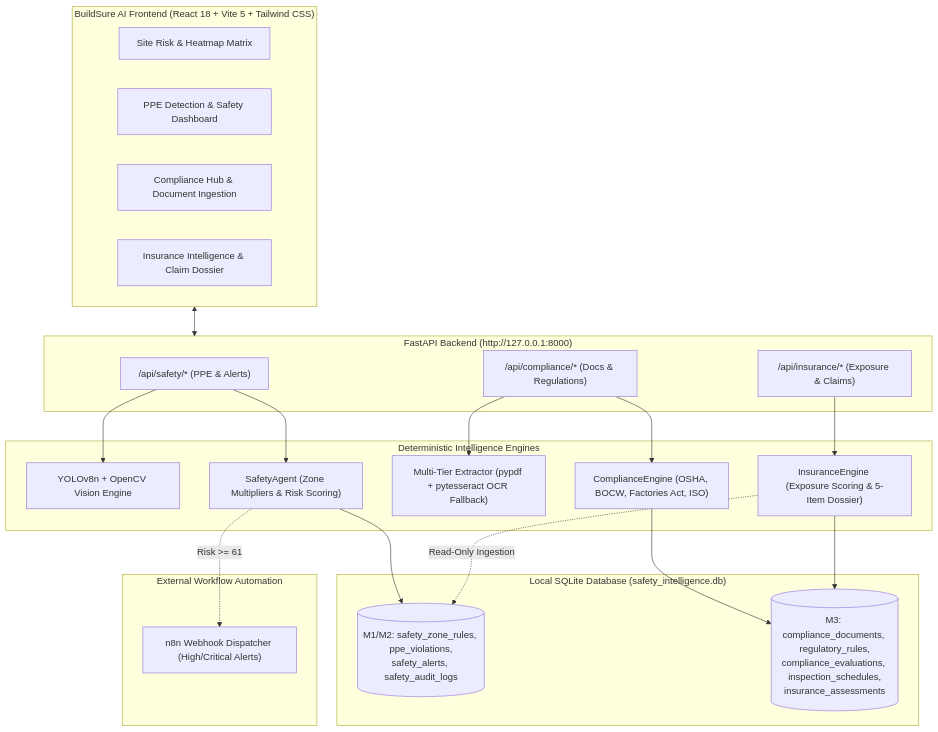
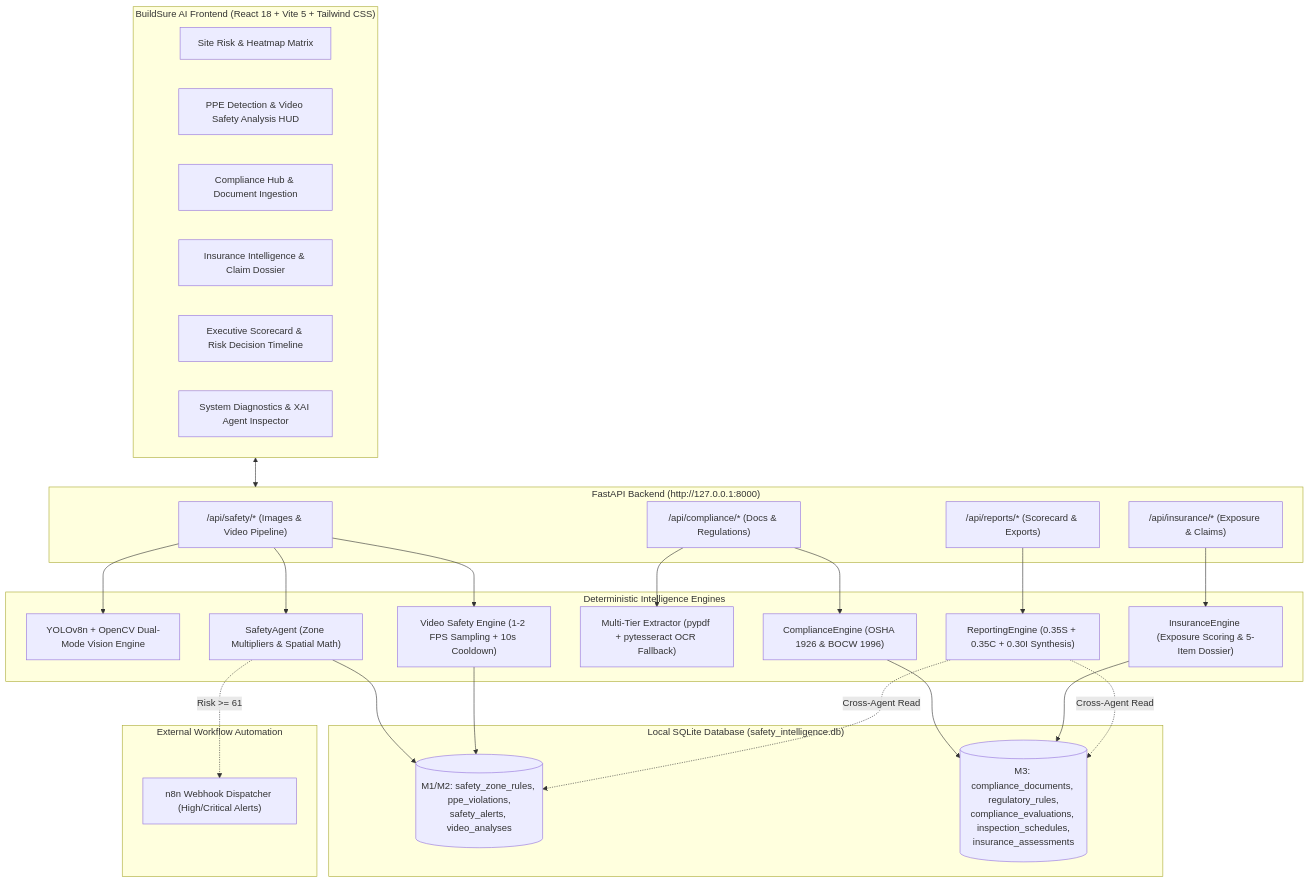
The diagram in README.md (Dhanu034/infosys-springboard-safety-ai), drawn with Mermaid before and after one commit. The commit also changed other lines of this file, not shown here.

Commit message:
docs: Update README with Milestone 4, Video Safety MVP, Team A roles and unified risk engine

````diff
--- a/README.md
+++ b/README.md
@@ -24,43 +38,50 @@
 ```mermaid
 flowchart TD
     subgraph UI["BuildSure AI Frontend (React 18 + Vite 5 + Tailwind CSS)"]
         M1_UI["Site Risk & Heatmap Matrix"]
-        M2_UI["PPE Detection & Safety Dashboard"]
+        M2_UI["PPE Detection & Video Safety Analysis HUD"]
         M3_COMP_UI["Compliance Hub & Document Ingestion"]
         M3_INS_UI["Insurance Intelligence & Claim Dossier"]
+        M4_EXEC_UI["Executive Scorecard & Risk Decision Timeline"]
+        M4_SETTINGS["System Diagnostics & XAI Agent Inspector"]
     end
 
     subgraph API_GATEWAY["FastAPI Backend (http://127.0.0.1:8000)"]
-        SAFETY_API["/api/safety/* (PPE & Alerts)"]
+        SAFETY_API["/api/safety/* (Images & Video Pipeline)"]
         COMP_API["/api/compliance/* (Docs & Regulations)"]
         INS_API["/api/insurance/* (Exposure & Claims)"]
+        REPORTS_API["/api/reports/* (Scorecard & Exports)"]
     end
 
     subgraph ENGINES["Deterministic Intelligence Engines"]
-        VISION["YOLOv8n + OpenCV Vision Engine"]
-        SAFETY_AGENT["SafetyAgent (Zone Multipliers & Risk Scoring)"]
+        VISION["YOLOv8n + OpenCV Dual-Mode Vision Engine"]
+        VIDEO_SVC["Video Safety Engine (1-2 FPS Sampling + 10s Cooldown)"]
+        SAFETY_AGENT["SafetyAgent (Zone Multipliers & Spatial Math)"]
         DOC_EXTRACTOR["Multi-Tier Extractor (pypdf + pytesseract OCR Fallback)"]
-        COMP_ENGINE["ComplianceEngine (OSHA, BOCW, Factories Act, ISO)"]
+        COMP_ENGINE["ComplianceEngine (OSHA 1926 & BOCW 1996)"]
         INS_ENGINE["InsuranceEngine (Exposure Scoring & 5-Item Dossier)"]
+        REPORT_ENGINE["ReportingEngine (0.35S + 0.35C + 0.30I Synthesis)"]
     end
 
     subgraph STORAGE["Local SQLite Database (safety_intelligence.db)"]
-        M1_M2_DB[("M1/M2: safety_zone_rules, ppe_violations,\nsafety_alerts, safety_audit_logs")]
+        M1_M2_DB[("M1/M2: safety_zone_rules, ppe_violations,\nsafety_alerts, video_analyses")]
         M3_DB[("M3: compliance_documents, regulatory_rules,\ncompliance_evaluations, inspection_schedules,\ninsurance_assessments")]
     end
 
     subgraph N8N["External Workflow Automation"]
         WEBHOOK["n8n Webhook Dispatcher (High/Critical Alerts)"]
     end
 
     UI <--> API_GATEWAY
-    SAFETY_API --> VISION & SAFETY_AGENT
+    SAFETY_API --> VISION & VIDEO_SVC & SAFETY_AGENT
     COMP_API --> DOC_EXTRACTOR & COMP_ENGINE
     INS_API --> INS_ENGINE
+    REPORTS_API --> REPORT_ENGINE
 
     SAFETY_AGENT --> M1_M2_DB
+    VIDEO_SVC --> M1_M2_DB
     SAFETY_AGENT -.->|Risk >= 61| WEBHOOK
     COMP_ENGINE --> M3_DB
     INS_ENGINE --> M3_DB
-    INS_ENGINE -.->|Read-Only Ingestion| M1_M2_DB
+    REPORT_ENGINE -.->|Cross-Agent Read| M1_M2_DB & M3_DB
 ```
````
